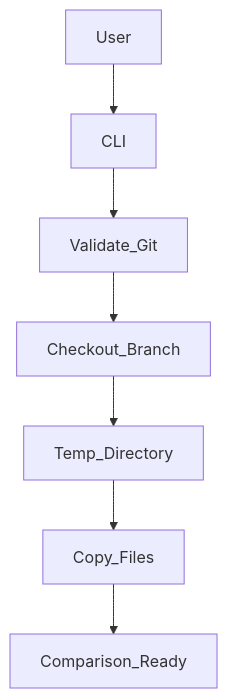
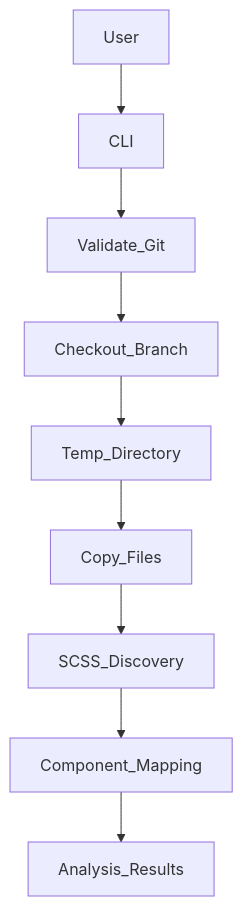
One commit to reachfrancis/nostyledrifting changed the first of 3 diagrams in codebase_overview.md. Above: the diagram before and after it, drawn with Mermaid. The commit also changed other lines of this file, not shown here.

````diff
--- a/codebase_overview.md
+++ b/codebase_overview.md
@@ -106,9 +237,11 @@
 ```mermaid
 graph TD
     User --> CLI
     CLI --> Validate_Git
     Validate_Git --> Checkout_Branch
     Checkout_Branch --> Temp_Directory
     Temp_Directory --> Copy_Files
-    Copy_Files --> Comparison_Ready
+    Copy_Files --> SCSS_Discovery
+    SCSS_Discovery --> Component_Mapping
+    Component_Mapping --> Analysis_Results
 ```
````
